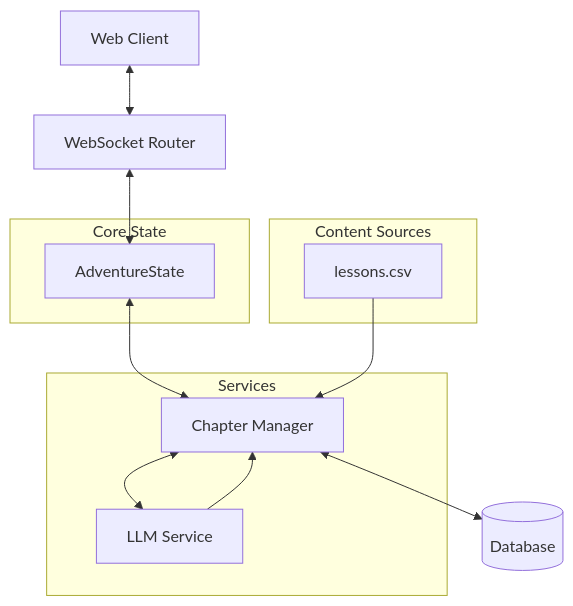
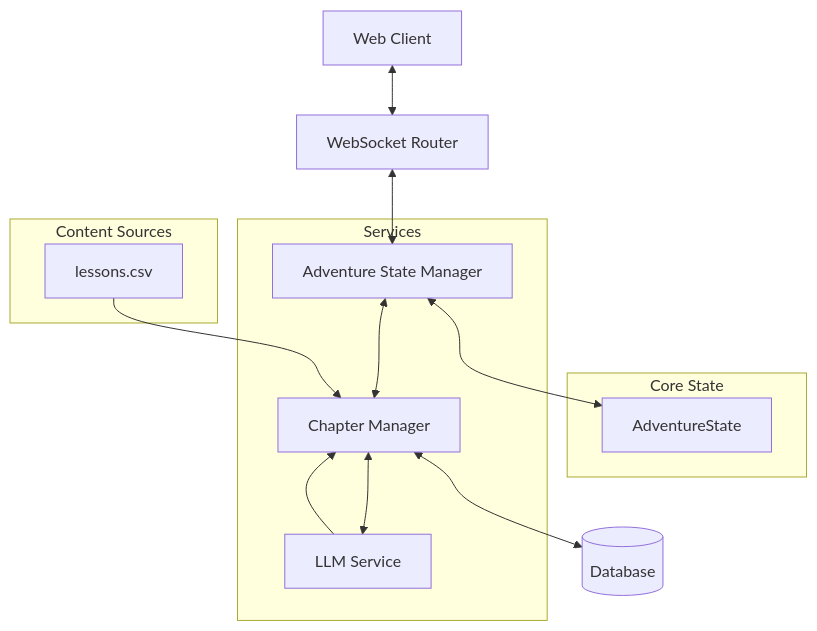
Before and after one commit to DesmondChoy/adventures: the diagram in memory-bank/systemPatterns.md, drawn with Mermaid. The commit also changed other lines of this file and 3 other files, not shown here.

````diff
--- a/memory-bank/systemPatterns.md
+++ b/memory-bank/systemPatterns.md
@@ -4,22 +4,24 @@
 ```mermaid
 graph TD
     Client[Web Client] <--> WS[WebSocket Router]
-    WS <--> AS[AdventureState]
-    AS <--> CM[Chapter Manager]
+    WS <--> ASM[Adventure State Manager]
+    ASM <--> AS[AdventureState]
+    ASM <--> CM[Chapter Manager]
     CM <--> LLM[LLM Service]
     CM <--> DB[(Database)]
-    
+
     subgraph Core State
         AS
     end
-    
+
     subgraph Services
+        ASM
         CM
         LLM
     end
 
     subgraph Content Sources
         CSV[lessons.csv] --> CM
         LLM --> CM
     end
 ```
````
